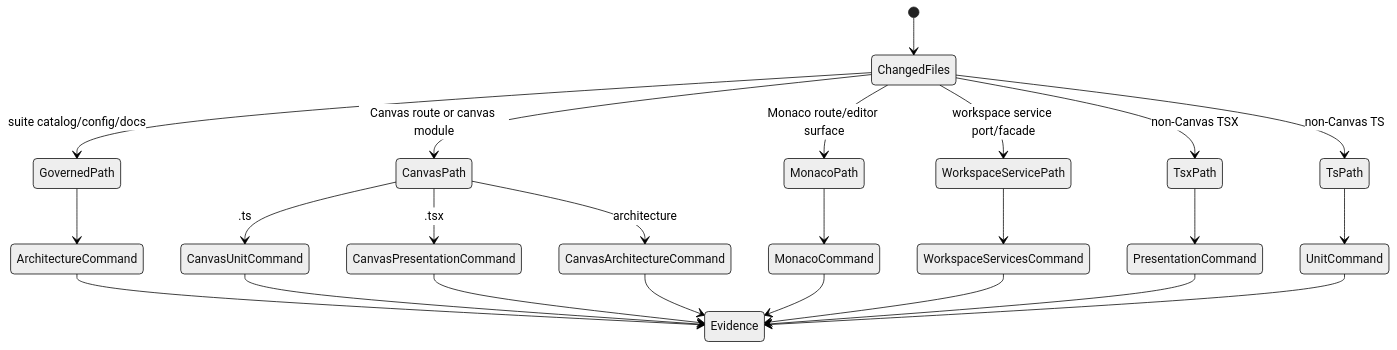
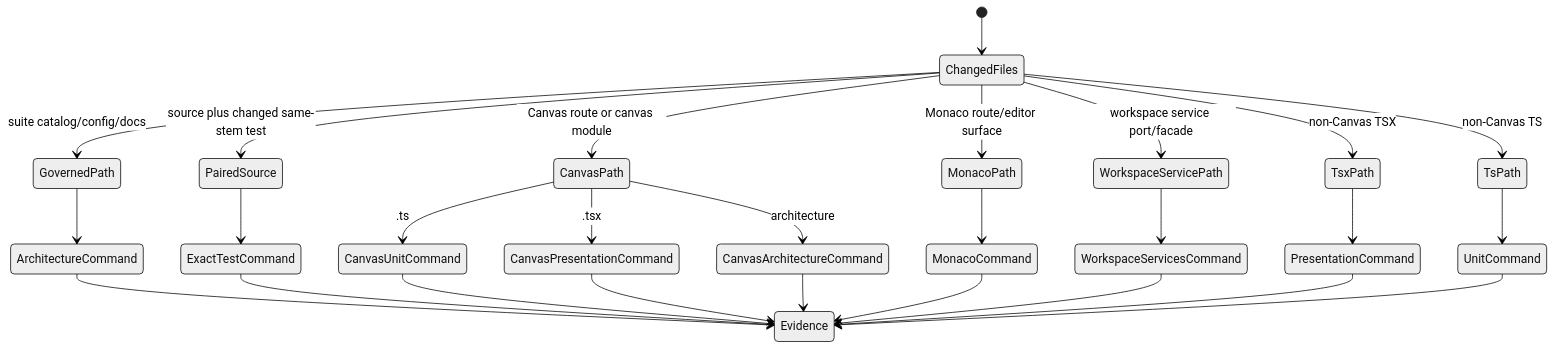
Before and after one commit to dunay2/dvt: the first of 2 diagrams in docs/architecture/components/web/web-vitest-changed-suite-router-component.md, drawn with Mermaid (neutral theme). The commit also changed other lines of this file and 7 other files, not shown here.

Commit message:
ci(ci): Run exact paired web tests for changed sources

````diff
--- a/docs/architecture/components/web/web-vitest-changed-suite-router-component.md
+++ b/docs/architecture/components/web/web-vitest-changed-suite-router-component.md
@@ -62,26 +67,29 @@
 ```mermaid
 stateDiagram-v2
   [*] --> ChangedFiles
   ChangedFiles --> GovernedPath: suite catalog/config/docs
+  ChangedFiles --> PairedSource: source plus changed same-stem test
   ChangedFiles --> CanvasPath: Canvas route or canvas module
   ChangedFiles --> MonacoPath: Monaco route/editor surface
   ChangedFiles --> WorkspaceServicePath: workspace service port/facade
   ChangedFiles --> TsxPath: non-Canvas TSX
   ChangedFiles --> TsPath: non-Canvas TS
   GovernedPath --> ArchitectureCommand
+  PairedSource --> ExactTestCommand
   CanvasPath --> CanvasUnitCommand: .ts
   CanvasPath --> CanvasPresentationCommand: .tsx
   CanvasPath --> CanvasArchitectureCommand: architecture
   MonacoPath --> MonacoCommand
   WorkspaceServicePath --> WorkspaceServicesCommand
   TsxPath --> PresentationCommand
   TsPath --> UnitCommand
   ArchitectureCommand --> Evidence
+  ExactTestCommand --> Evidence
   CanvasUnitCommand --> Evidence
   CanvasPresentationCommand --> Evidence
   CanvasArchitectureCommand --> Evidence
   MonacoCommand --> Evidence
   WorkspaceServicesCommand --> Evidence
   PresentationCommand --> Evidence
   UnitCommand --> Evidence
 ```
````
